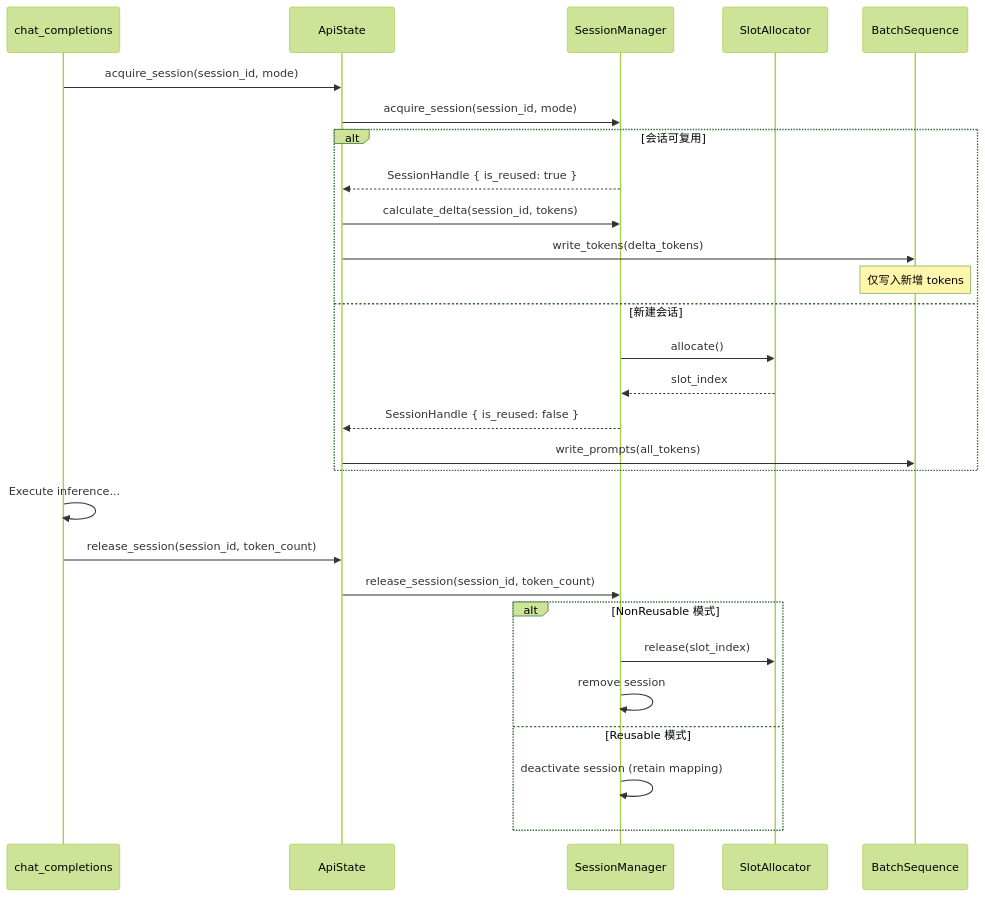
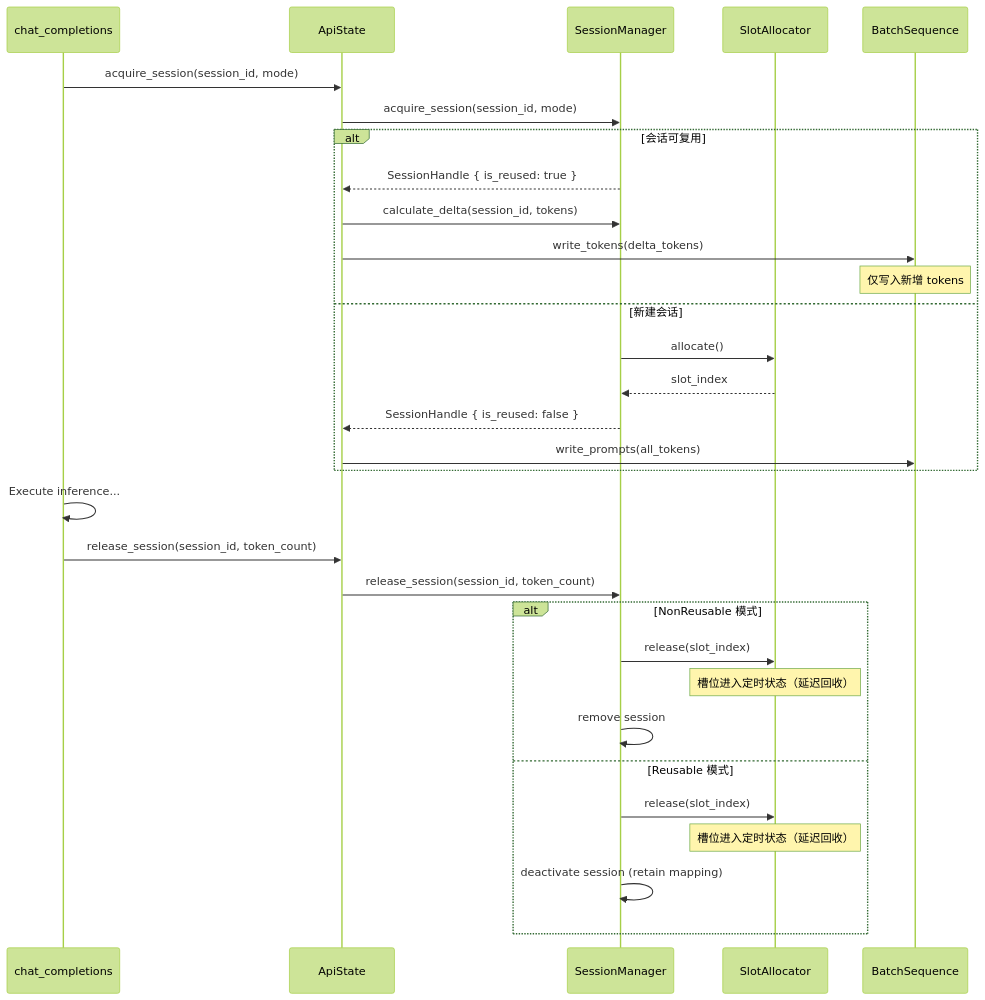
Before and after one commit to lucienhuangfu/eLLM: the third of 3 diagrams in docs/design/runtime/session_management.md, drawn with Mermaid (forest theme). The commit also changed other lines of this file and 11 other files, not shown here.

````diff
--- a/docs/design/runtime/session_management.md
+++ b/docs/design/runtime/session_management.md
@@ -208,35 +299,38 @@
 ```mermaid
 sequenceDiagram
     participant Handler as chat_completions
     participant ApiState as ApiState
     participant SessionMgr as SessionManager
     participant SlotAlloc as SlotAllocator
     participant BatchSeq as BatchSequence
 
     Handler->>ApiState: acquire_session(session_id, mode)
     ApiState->>SessionMgr: acquire_session(session_id, mode)
     
     alt 会话可复用
         SessionMgr-->>ApiState: SessionHandle { is_reused: true }
         ApiState->>SessionMgr: calculate_delta(session_id, tokens)
         ApiState->>BatchSeq: write_tokens(delta_tokens)
         Note over BatchSeq: 仅写入新增 tokens
     else 新建会话
         SessionMgr->>SlotAlloc: allocate()
         SlotAlloc-->>SessionMgr: slot_index
         SessionMgr-->>ApiState: SessionHandle { is_reused: false }
         ApiState->>BatchSeq: write_prompts(all_tokens)
     end
-    
+
     Handler->>Handler: Execute inference...
     
     Handler->>ApiState: release_session(session_id, token_count)
     ApiState->>SessionMgr: release_session(session_id, token_count)
     
     alt NonReusable 模式
         SessionMgr->>SlotAlloc: release(slot_index)
+        Note over SlotAlloc: 槽位进入定时状态（延迟回收）
         SessionMgr->>SessionMgr: remove session
     else Reusable 模式
+        SessionMgr->>SlotAlloc: release(slot_index)
+        Note over SlotAlloc: 槽位进入定时状态（延迟回收）
         SessionMgr->>SessionMgr: deactivate session (retain mapping)
     end
 ```
````
